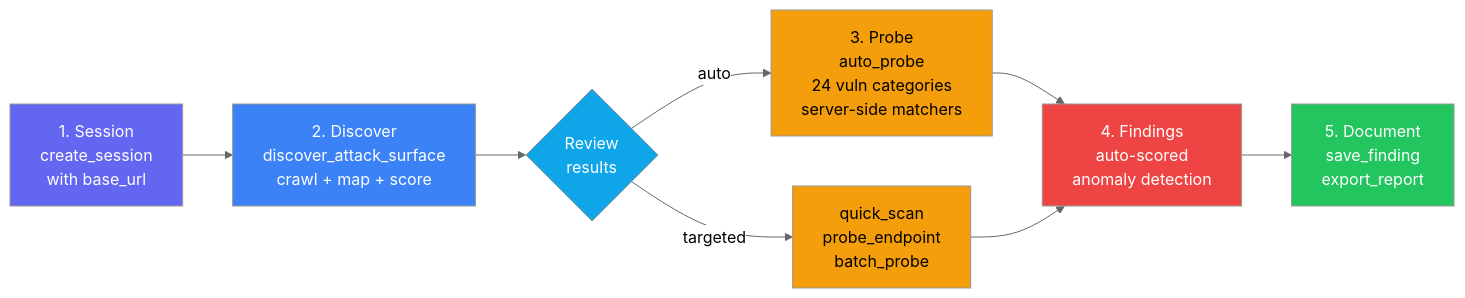
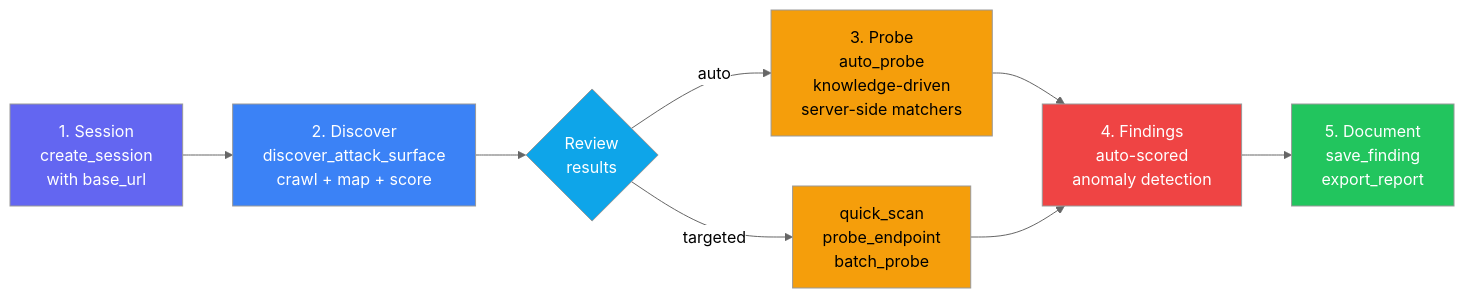
One commit to TyrusRC/praetor changed the third of 3 diagrams in README.md. Above: the diagram before and after it, drawn with Mermaid (neutral theme). The commit also changed other lines of this file and 2 other files, not shown here.

````diff
--- a/README.md
+++ b/README.md
@@ -123,18 +123,18 @@
 ```mermaid
 flowchart LR
     S[1. Session<br/>create_session<br/>with base_url] --> D[2. Discover<br/>discover_attack_surface<br/>crawl + map + score]
     D --> R{Review<br/>results}
-    R -->|auto| P[3. Probe<br/>auto_probe<br/>24 vuln categories<br/>server-side matchers]
+    R -->|auto| P[3. Probe<br/>auto_probe<br/>knowledge-driven<br/>server-side matchers]
     R -->|targeted| Q[quick_scan<br/>probe_endpoint<br/>batch_probe]
     P --> F[4. Findings<br/>auto-scored<br/>anomaly detection]
     Q --> F
     F --> K[5. Document<br/>save_finding<br/>export_report]
 
     style S fill:#6366f1,color:#fff
     style D fill:#3b82f6,color:#fff
     style R fill:#0ea5e9,color:#fff
     style P fill:#f59e0b,color:#000
     style Q fill:#f59e0b,color:#000
     style F fill:#ef4444,color:#fff
     style K fill:#22c55e,color:#fff
 ```
````
